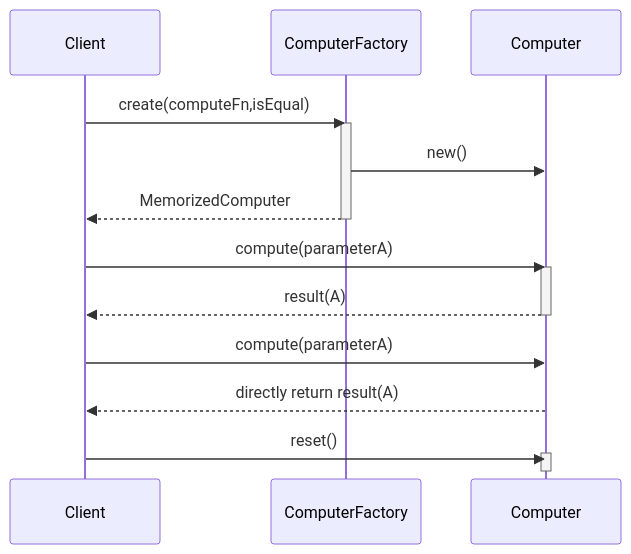
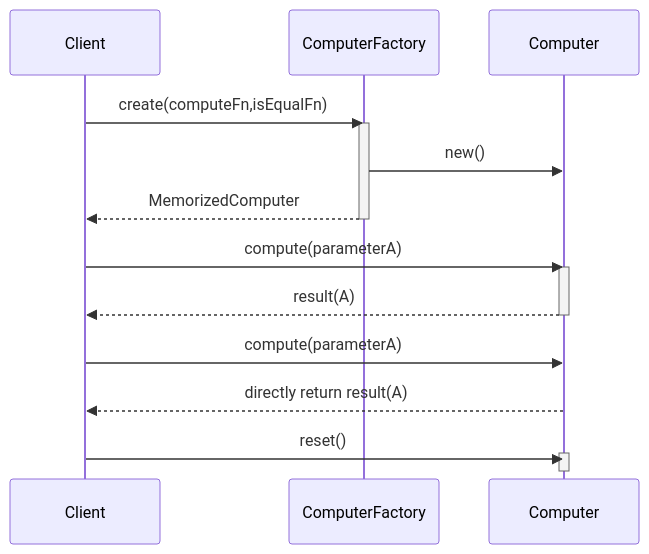
One commit to metasong/iam-data changed the diagram in documents/MemorizedCompute Pattern_210.md. Above: the diagram before and after it, drawn with Mermaid.

````diff
--- a/documents/MemorizedCompute Pattern_210.md
+++ b/documents/MemorizedCompute Pattern_210.md
@@ -40,21 +40,21 @@
 ```mermaid
 sequenceDiagram
 	participant C as Client
     participant F as ComputerFactory
     participant P as Computer
-    C->>F:create(computeFn,isEqual)
+    C->>F:create(computeFn,isEqualFn)
     activate F
     F->>P:new()
     F-->>C:MemorizedComputer
     deactivate F
     C->>P:compute(parameterA)
     activate P
     P-->>C:result(A)
     deactivate P
     C->>P:compute(parameterA)
     P-->>C:directly return result(A)
     C->>P:reset()
     activate P
     deactivate P
     
 ```
````
